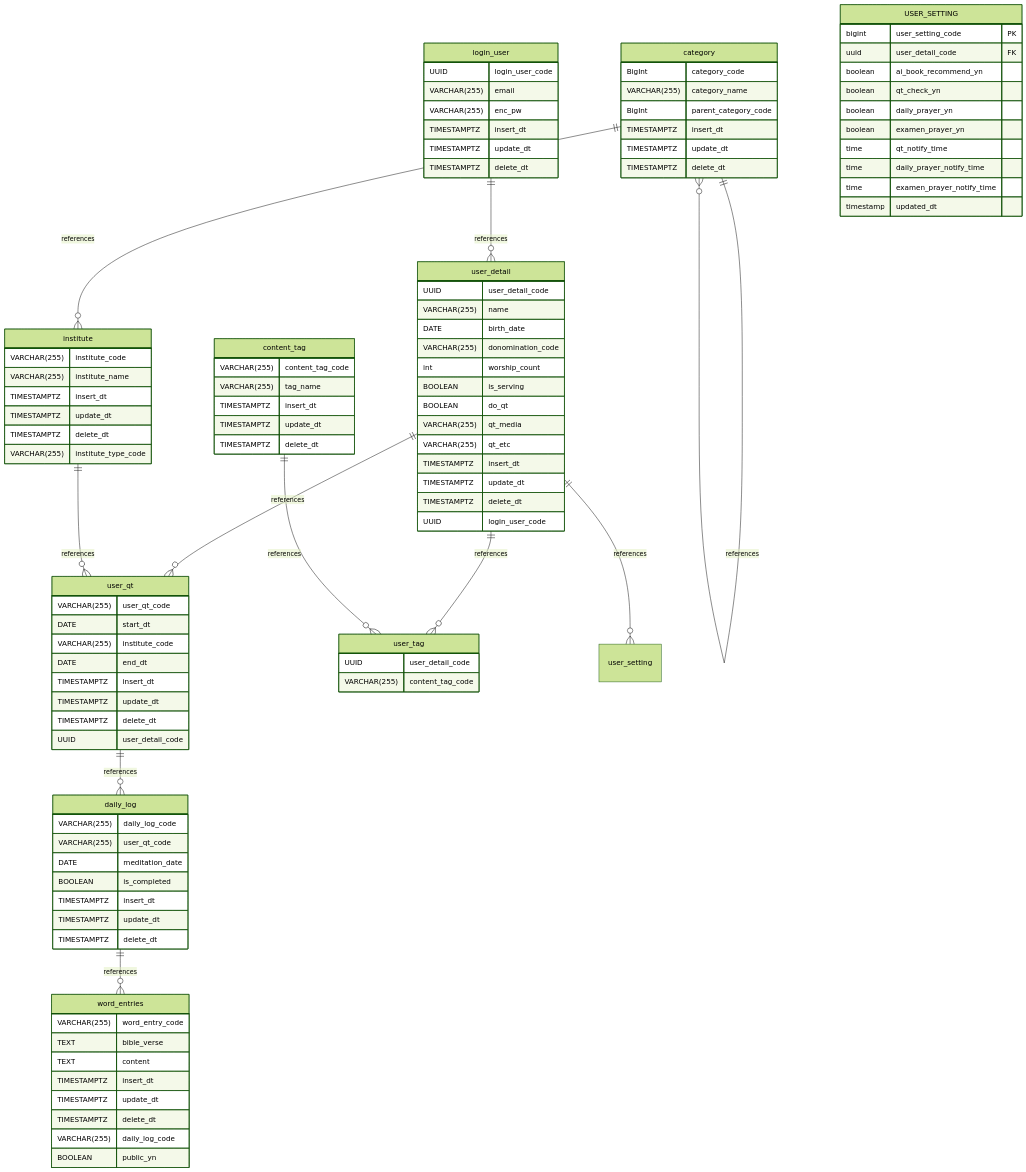
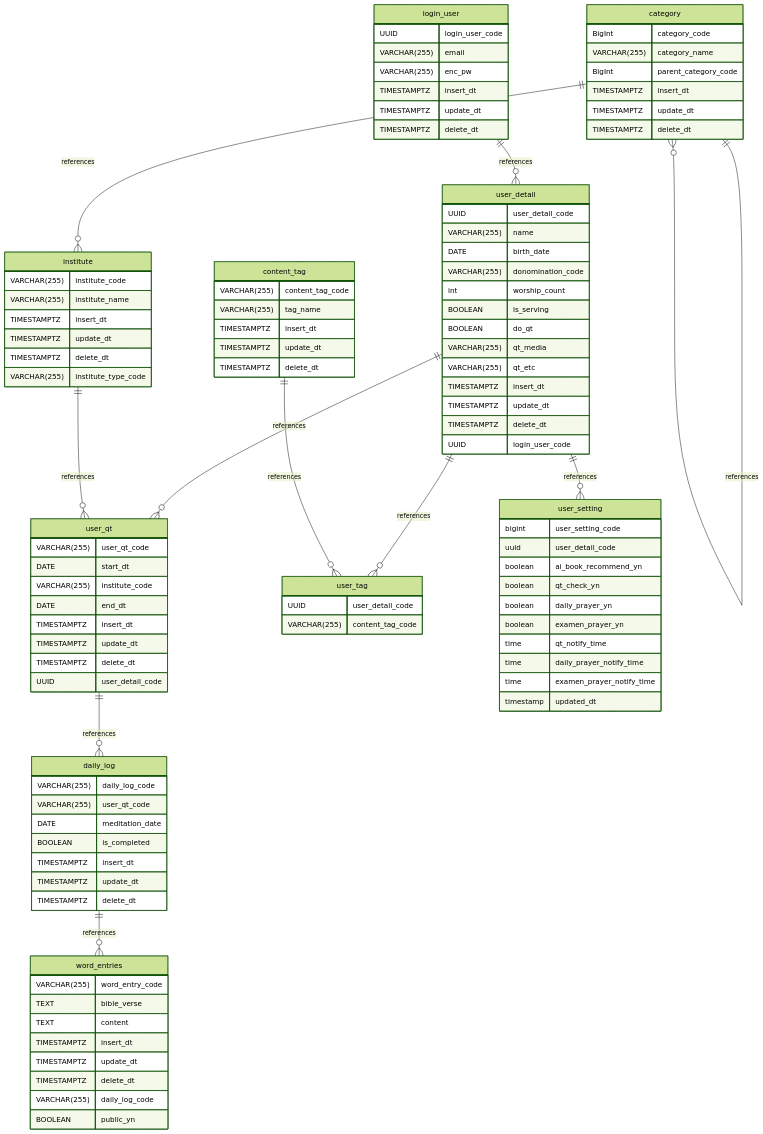
Before and after one commit to LinaShinDev/daily-word-log: the diagram in README.md, drawn with Mermaid (forest theme).

```diff
--- a/README.md
+++ b/README.md
@@ -65,9 +65,9 @@
 		UUID login_user_code
 	}
 
-	USER_SETTING {
-        bigint user_setting_code PK
-        uuid user_detail_code FK
+	user_setting {
+        bigint user_setting_code
+        uuid user_detail_code
         boolean ai_book_recommend_yn
         boolean qt_check_yn
         boolean daily_prayer_yn
```
